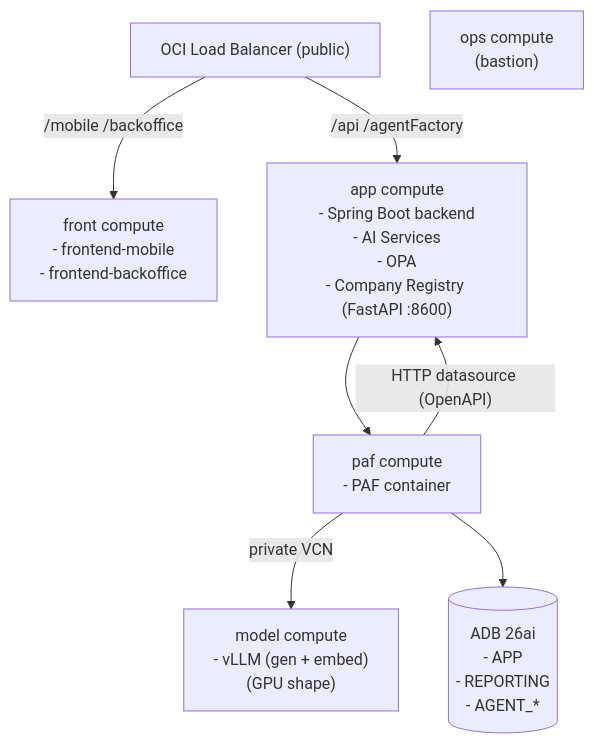
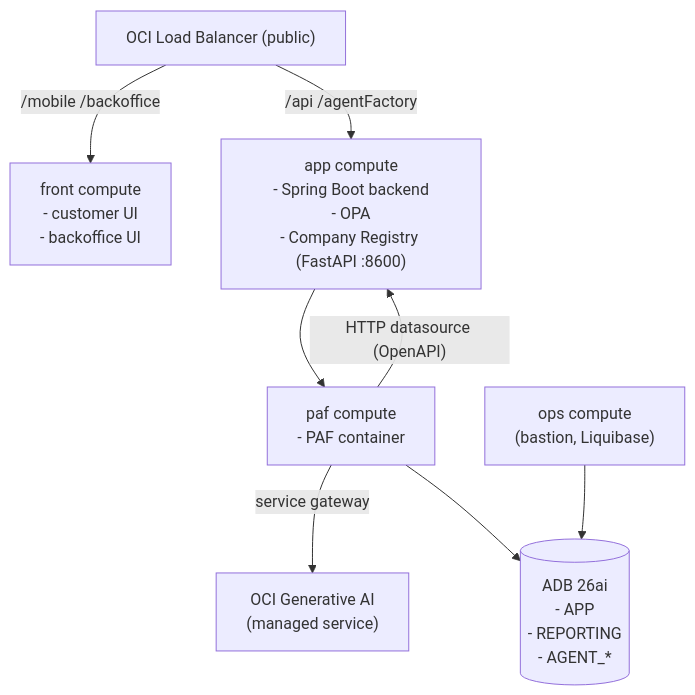
The second of 2 diagrams in docs/DEPLOYMENT.md (vmleon/oracle-database-private-agent-factory-poc), drawn with Mermaid before and after one commit. The commit also changed other lines of this file and 81 other files, not shown here.

Commit message:
feat: deploy the PoC to OCI with instance-principal model access

````diff
--- a/docs/DEPLOYMENT.md
+++ b/docs/DEPLOYMENT.md
@@ -120,17 +120,18 @@
 ```mermaid
 flowchart TB
     lb["OCI Load Balancer (public)"]
-    front["front compute<br/>- frontend-mobile<br/>- frontend-backoffice"]
-    app["app compute<br/>- Spring Boot backend<br/>- AI Services<br/>- OPA<br/>- Company Registry (FastAPI :8600)"]
+    front["front compute<br/>- customer UI<br/>- backoffice UI"]
+    app["app compute<br/>- Spring Boot backend<br/>- OPA<br/>- Company Registry (FastAPI :8600)"]
     paf["paf compute<br/>- PAF container"]
-    model["model compute<br/>- vLLM (gen + embed)<br/>(GPU shape)"]
+    genai["OCI Generative AI<br/>(managed service)"]
     adb[("ADB 26ai<br/>- APP<br/>- REPORTING<br/>- AGENT_*")]
-    ops["ops compute<br/>(bastion)"]
+    ops["ops compute<br/>(bastion, Liquibase)"]
 
     lb -- "/mobile  /backoffice" --> front
     lb -- "/api  /agentFactory" --> app
     app --> paf
     paf -- "HTTP datasource (OpenAPI)" --> app
-    paf -- "private VCN" --> model
+    paf -- "service gateway" --> genai
     paf --> adb
+    ops --> adb
 ```
````
